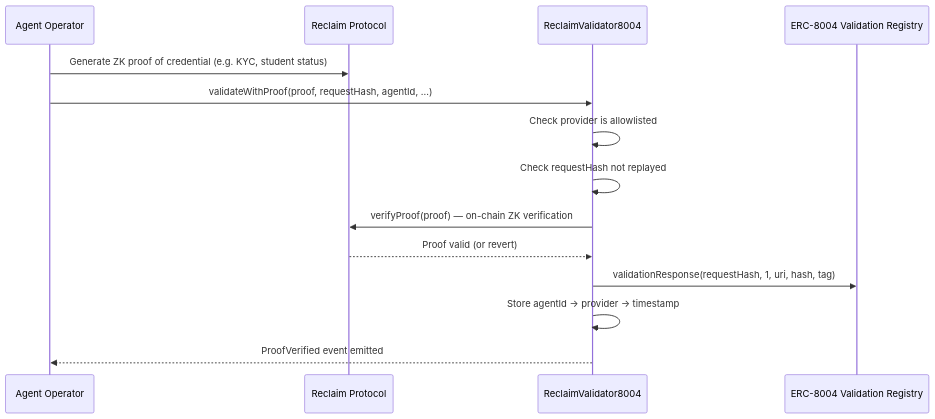
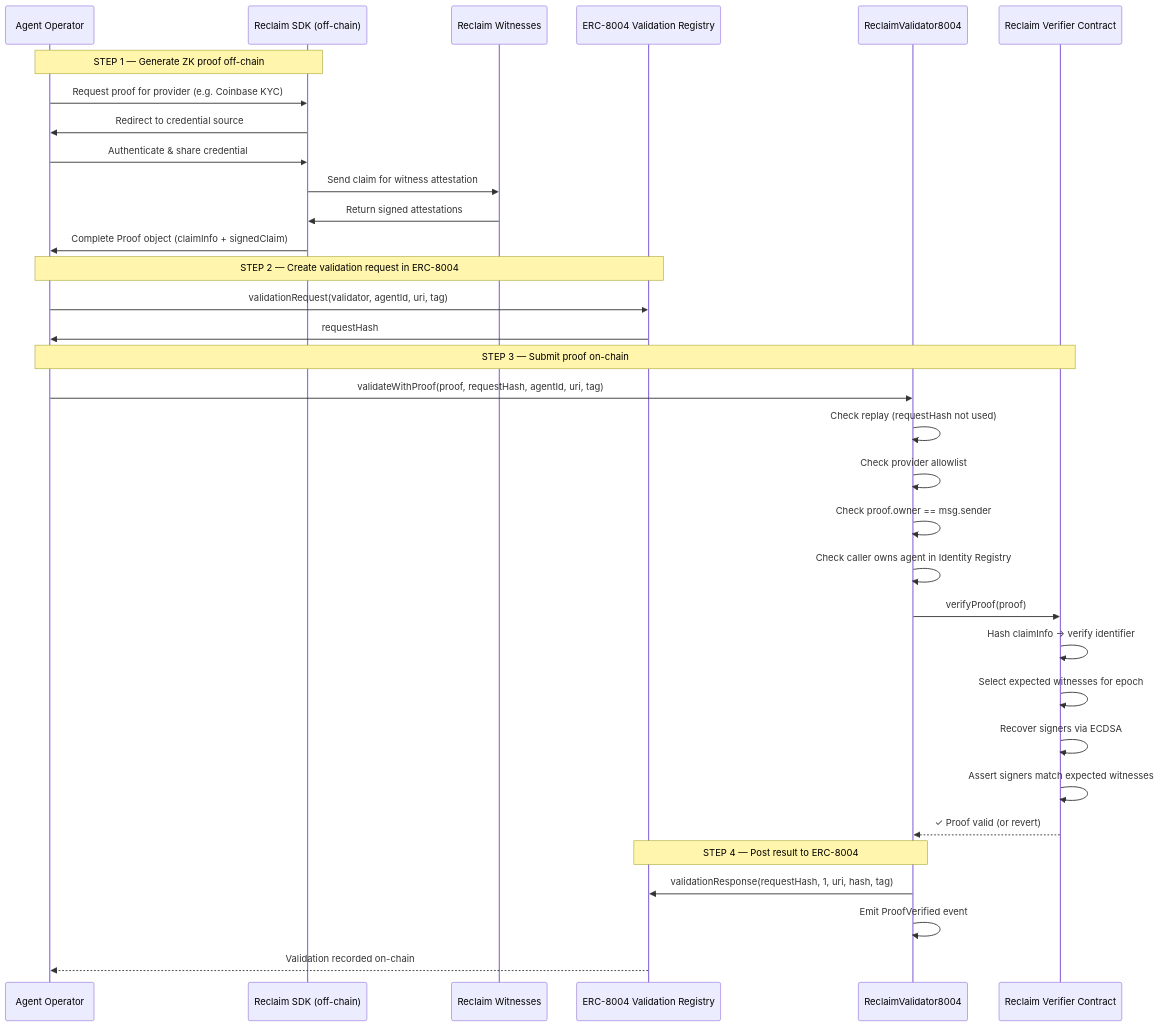
The diagram in README.md (reclaimprotocol/reclaim-8004-validator), drawn with Mermaid before and after one commit. The commit also changed other lines of this file and 3 other files, not shown here.

First line of the commit message:
docs: comprehensive README with full end-to-end flow, architecture, and public inputs

````diff
--- a/README.md
+++ b/README.md
@@ -13,17 +39,39 @@
 ```mermaid
 sequenceDiagram
-    participant User as Agent Operator
-    participant Reclaim as Reclaim Protocol
-    participant Contract as ReclaimValidator8004
+    participant Operator as Agent Operator
+    participant SDK as Reclaim SDK (off-chain)
+    participant Witnesses as Reclaim Witnesses
     participant Registry as ERC-8004 Validation Registry
+    participant Validator as ReclaimValidator8004
+    participant Verifier as Reclaim Verifier Contract
 
-    User->>Reclaim: Generate ZK proof of credential (e.g. KYC, student status)
-    User->>Contract: validateWithProof(proof, requestHash, agentId, ...)
-    Contract->>Contract: Check provider is allowlisted
-    Contract->>Contract: Check requestHash not replayed
-    Contract->>Reclaim: verifyProof(proof) — on-chain ZK verification
-    Reclaim-->>Contract: Proof valid (or revert)
-    Contract->>Registry: validationResponse(requestHash, 1, uri, hash, tag)
-    Contract->>Contract: Store agentId → provider → timestamp
-    Contract-->>User: ProofVerified event emitted
+    Note over Operator,SDK: STEP 1 — Generate ZK proof off-chain
+    Operator->>SDK: Request proof for provider (e.g. Coinbase KYC)
+    SDK->>Operator: Redirect to credential source
+    Operator->>SDK: Authenticate & share credential
+    SDK->>Witnesses: Send claim for witness attestation
+    Witnesses->>SDK: Return signed attestations
+    SDK->>Operator: Complete Proof object (claimInfo + signedClaim)
+
+    Note over Operator,Registry: STEP 2 — Create validation request in ERC-8004
+    Operator->>Registry: validationRequest(validator, agentId, uri, tag)
+    Registry->>Operator: requestHash
+
+    Note over Operator,Verifier: STEP 3 — Submit proof on-chain
+    Operator->>Validator: validateWithProof(proof, requestHash, agentId, uri, tag)
+    Validator->>Validator: Check replay (requestHash not used)
+    Validator->>Validator: Check provider allowlist
+    Validator->>Validator: Check proof.owner == msg.sender
+    Validator->>Validator: Check caller owns agent in Identity Registry
+    Validator->>Verifier: verifyProof(proof)
+    Verifier->>Verifier: Hash claimInfo → verify identifier
+    Verifier->>Verifier: Select expected witnesses for epoch
+    Verifier->>Verifier: Recover signers via ECDSA
+    Verifier->>Verifier: Assert signers match expected witnesses
+    Verifier-->>Validator: ✓ Proof valid (or revert)
+
+    Note over Validator,Registry: STEP 4 — Post result to ERC-8004
+    Validator->>Registry: validationResponse(requestHash, 1, uri, hash, tag)
+    Validator->>Validator: Emit ProofVerified event
+    Registry-->>Operator: Validation recorded on-chain
 ```
````
